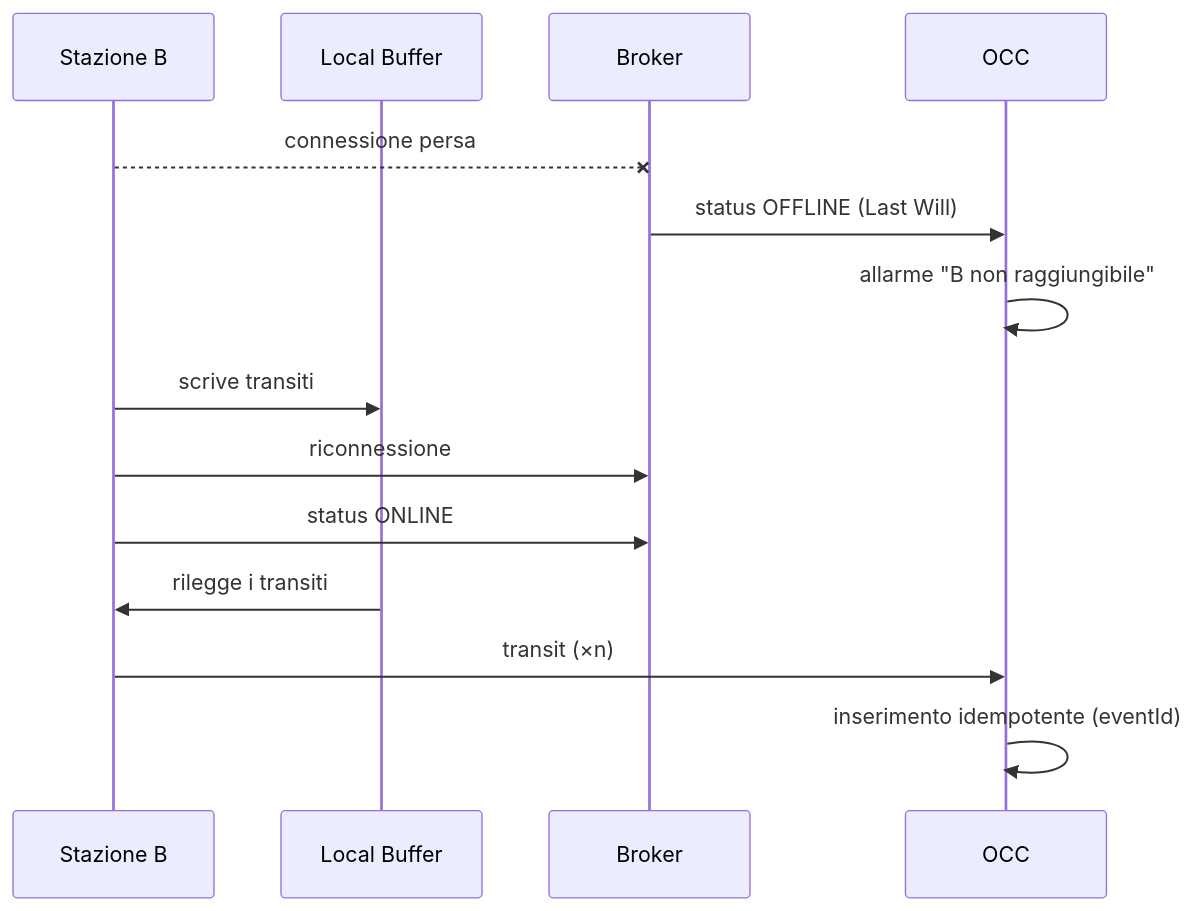
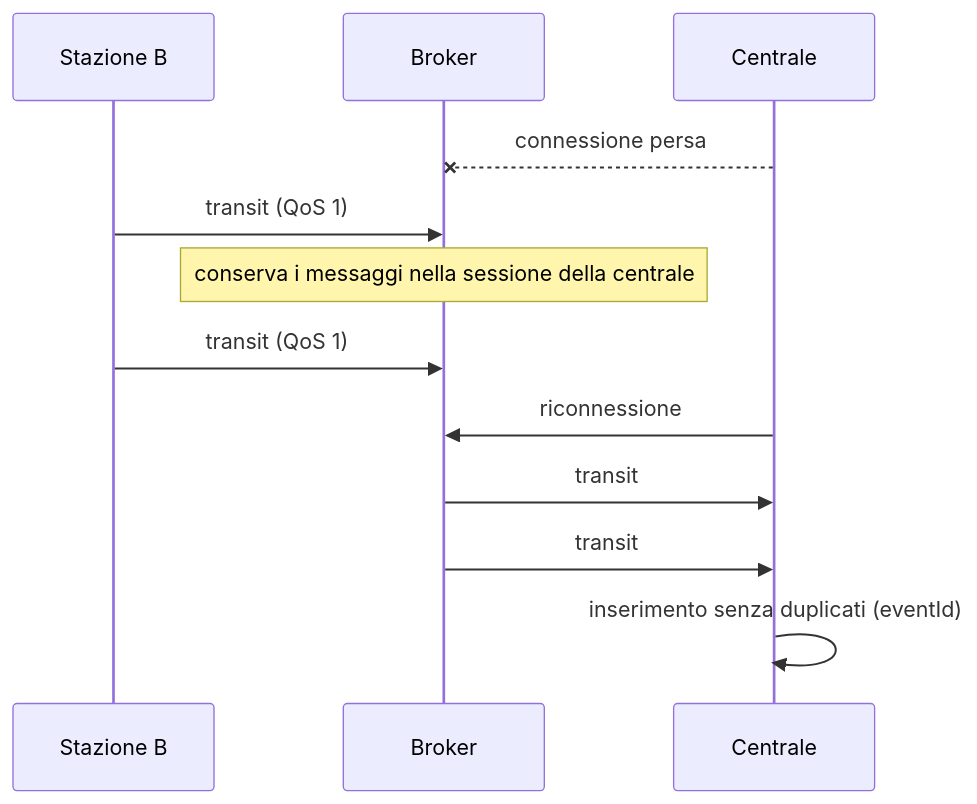
The fifth of 7 diagrams in docs/architettura.md (lucateofilo/PissirShared), drawn with Mermaid before and after one commit. The commit also changed other lines of this file and 2 other files, not shown here.

First line of the commit message:
Aggiorna architettura e README, aggiungi la bozza della relazione

````diff
--- a/docs/architettura.md
+++ b/docs/architettura.md
@@ -354,16 +363,14 @@
 ```mermaid
 sequenceDiagram
   participant S as Stazione B
-  participant Buf as Local Buffer
   participant B as Broker
-  participant O as OCC
-  S--xB: connessione persa
-  B->>O: status OFFLINE (Last Will)
-  O->>O: allarme "B non raggiungibile"
-  S->>Buf: scrive transiti
-  S->>B: riconnessione
-  S->>B: status ONLINE
-  Buf->>S: rilegge i transiti
-  S->>O: transit (×n)
-  O->>O: inserimento idempotente (eventId)
+  participant O as Centrale
+  O--xB: connessione persa
+  S->>B: transit (QoS 1)
+  Note over B: conserva i messaggi nella sessione della centrale
+  S->>B: transit (QoS 1)
+  O->>B: riconnessione
+  B->>O: transit
+  B->>O: transit
+  O->>O: inserimento senza duplicati (eventId)
 ```
````
